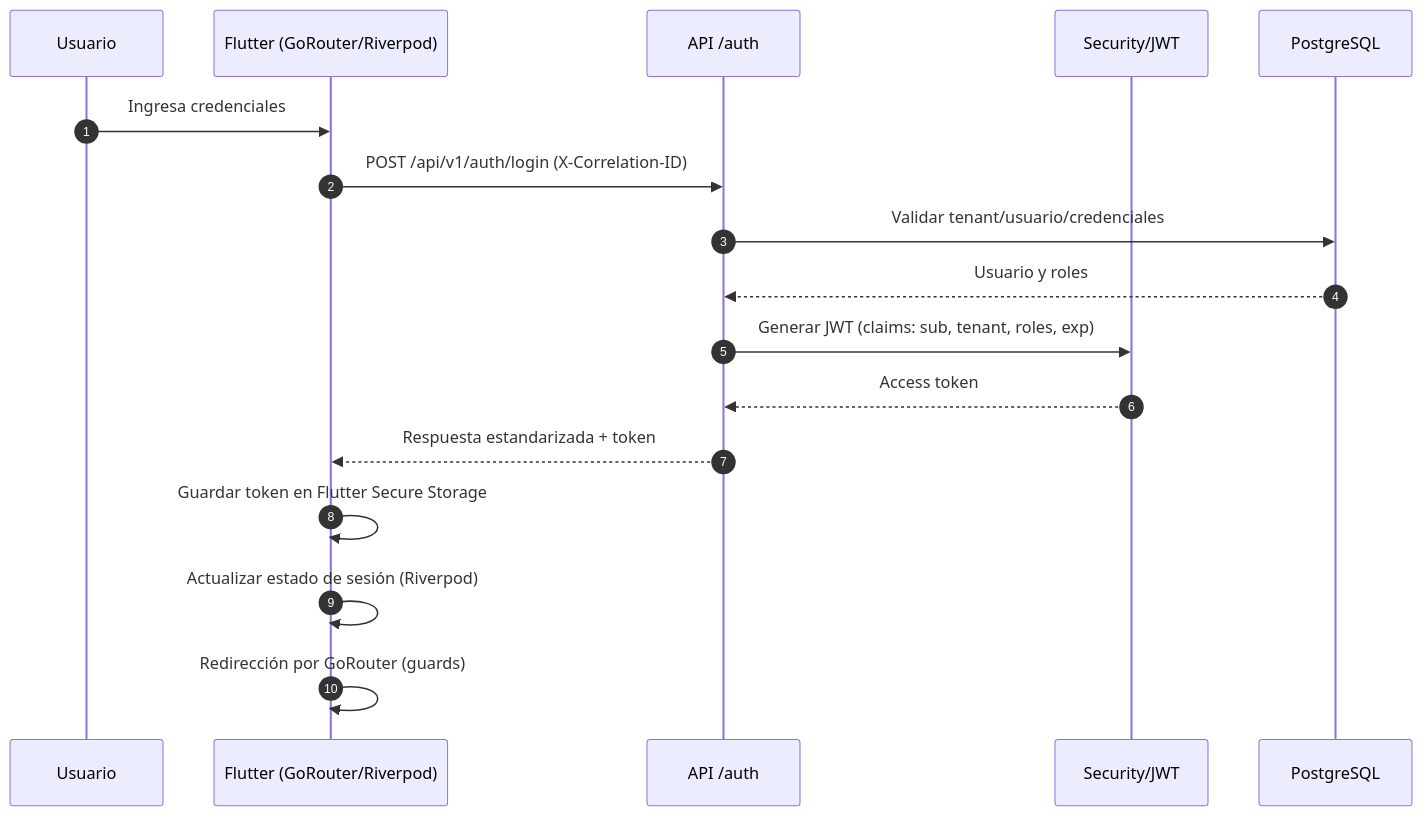
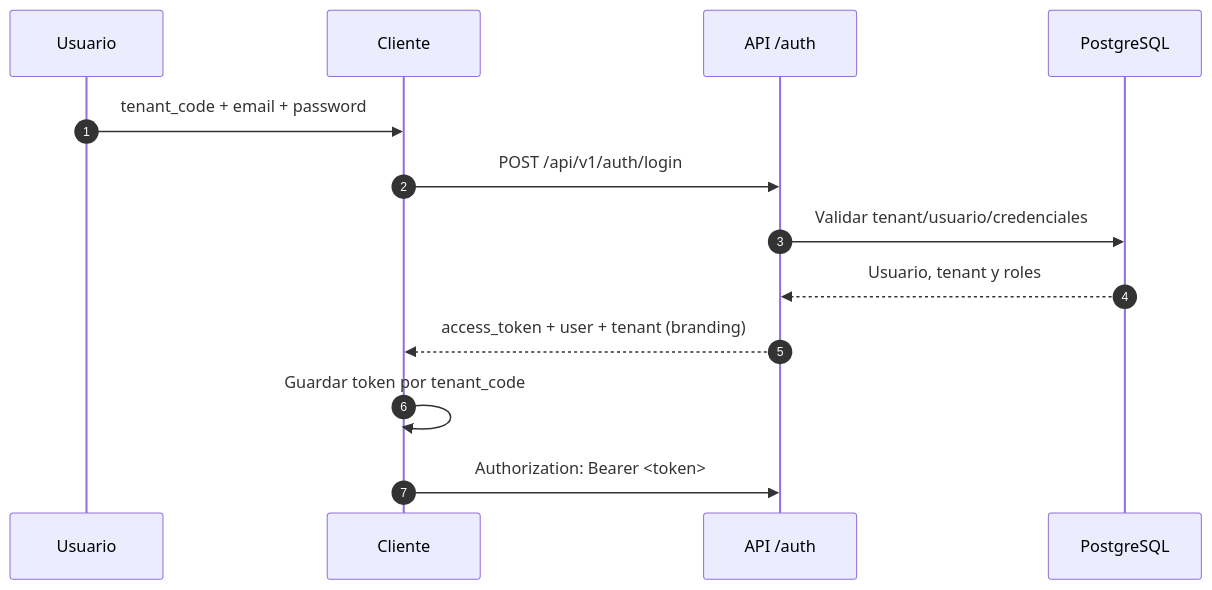
The second of 2 diagrams in docs/architecture/architecture-overview.md (dilandcv/BankOs), drawn with Mermaid before and after one commit. The commit also changed other lines of this file and 163 other files, not shown here.

````diff
--- a/docs/architecture/architecture-overview.md
+++ b/docs/architecture/architecture-overview.md
@@ -102,20 +118,16 @@
 ```mermaid
 sequenceDiagram
     autonumber
     participant U as Usuario
-    participant F as Flutter (GoRouter/Riverpod)
+    participant C as Cliente
     participant A as API /auth
-    participant S as Security/JWT
     participant DB as PostgreSQL
 
-    U->>F: Ingresa credenciales
-    F->>A: POST /api/v1/auth/login (X-Correlation-ID)
+    U->>C: tenant_code + email + password
+    C->>A: POST /api/v1/auth/login
     A->>DB: Validar tenant/usuario/credenciales
-    DB-->>A: Usuario y roles
-    A->>S: Generar JWT (claims: sub, tenant, roles, exp)
-    S-->>A: Access token
-    A-->>F: Respuesta estandarizada + token
-    F->>F: Guardar token en Flutter Secure Storage
-    F->>F: Actualizar estado de sesión (Riverpod)
-    F->>F: Redirección por GoRouter (guards)
+    DB-->>A: Usuario, tenant y roles
+    A-->>C: access_token + user + tenant (branding)
+    C->>C: Guardar token por tenant_code
+    C->>A: Authorization: Bearer <token>
 ```
````
